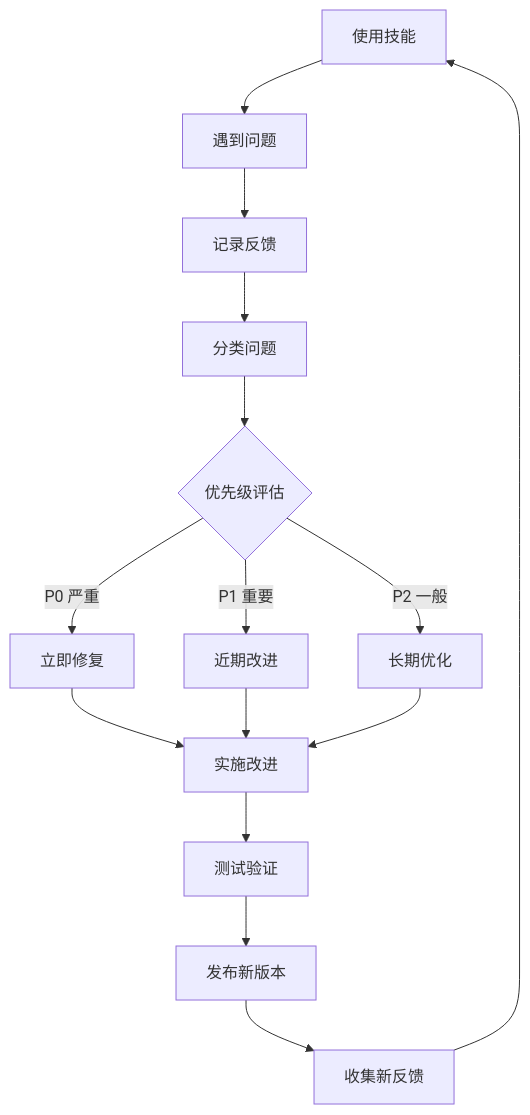
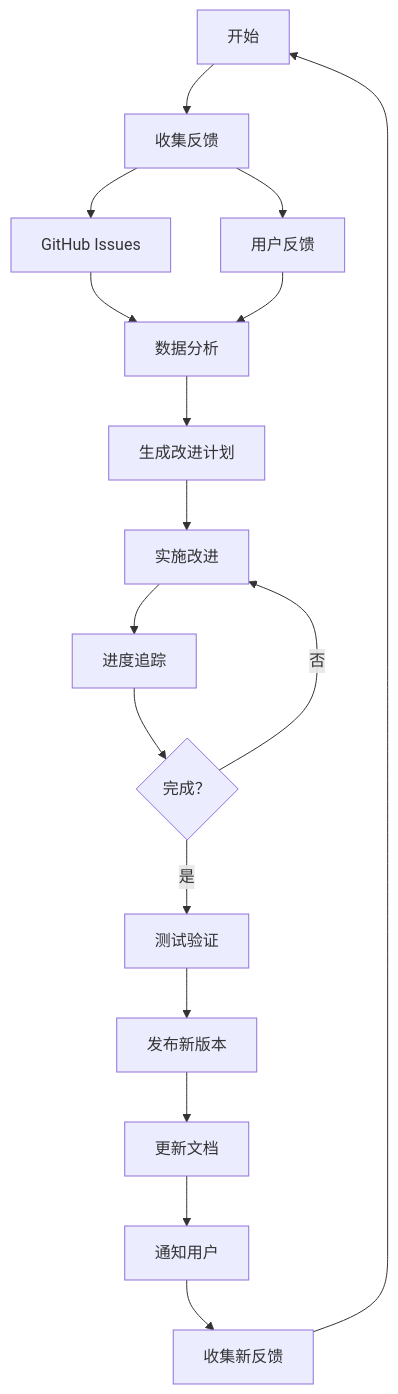
The diagram in skill-manager/SKILL.md (jerry-guo-mys/skills), drawn with Mermaid before and after one commit. The commit also changed other lines of this file and 4 other files, not shown here.

Commit message:
Enhance skill-manager with GitHub integration, analytics, and progress tracking

````diff
--- a/skill-manager/SKILL.md
+++ b/skill-manager/SKILL.md
@@ -76,15 +90,18 @@
 ```mermaid
 flowchart TD
-    A[使用技能] --> B[遇到问题]
-    B --> C[记录反馈]
-    C --> D[分类问题]
-    D --> E{优先级评估}
-    E -->|P0 严重 | F[立即修复]
-    E -->|P1 重要 | G[近期改进]
-    E -->|P2 一般 | H[长期优化]
-    F & G & H --> I[实施改进]
-    I --> J[测试验证]
+    A[开始] --> B[收集反馈]
+    B --> C[GitHub Issues]
+    B --> D[用户反馈]
+    C & D --> E[数据分析]
+    E --> F[生成改进计划]
+    F --> G[实施改进]
+    G --> H[进度追踪]
+    H --> I{完成？}
+    I -->|否 | G
+    I -->|是 | J[测试验证]
     J --> K[发布新版本]
-    K --> L[收集新反馈]
-    L --> A
+    K --> L[更新文档]
+    L --> M[通知用户]
+    M --> N[收集新反馈]
+    N --> A
 ```
````
